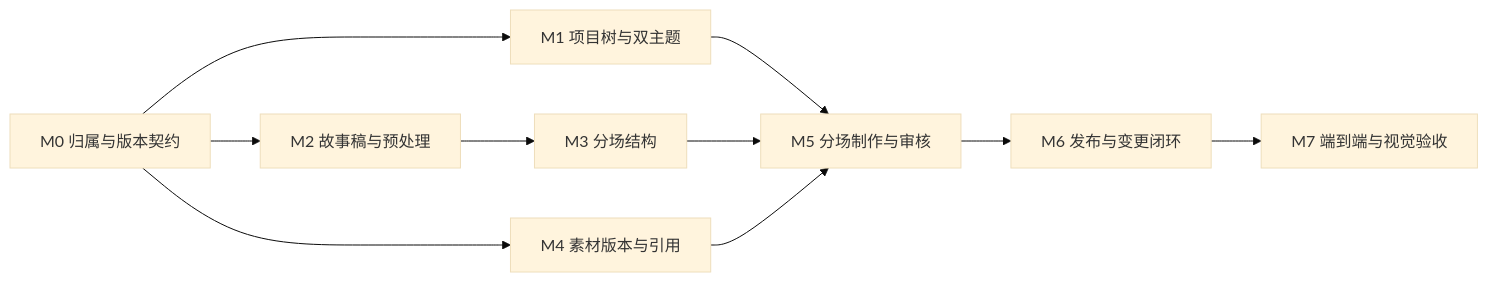
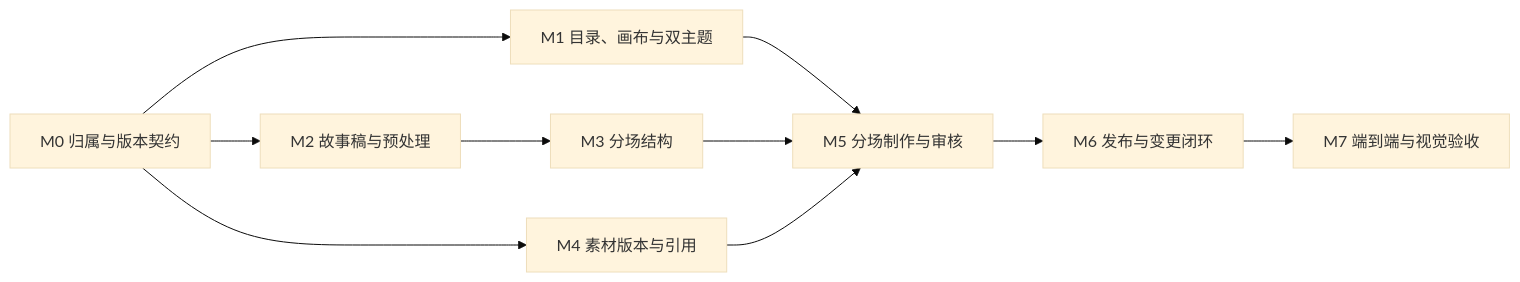
The diagram in docs/workbench-redesign-2026-10-02/implementation-plan.md (Aoike123/Storyloom), drawn with Mermaid (base theme) before and after one commit. The commit also changed other lines of this file and 5 other files, not shown here.

````diff
--- a/docs/workbench-redesign-2026-10-02/implementation-plan.md
+++ b/docs/workbench-redesign-2026-10-02/implementation-plan.md
@@ -19,12 +21,12 @@
 ```mermaid
 flowchart LR
-    M0[M0 归属与版本契约] --> M1[M1 项目树与双主题]
+    M0[M0 归属与版本契约] --> M1[M1 目录、画布与双主题]
     M0 --> M2[M2 故事稿与预处理]
     M2 --> M3[M3 分场结构]
     M0 --> M4[M4 素材版本与引用]
     M1 --> M5[M5 分场制作与审核]
     M3 --> M5
     M4 --> M5
     M5 --> M6[M6 发布与变更闭环]
     M6 --> M7[M7 端到端与视觉验收]
 ```
````
